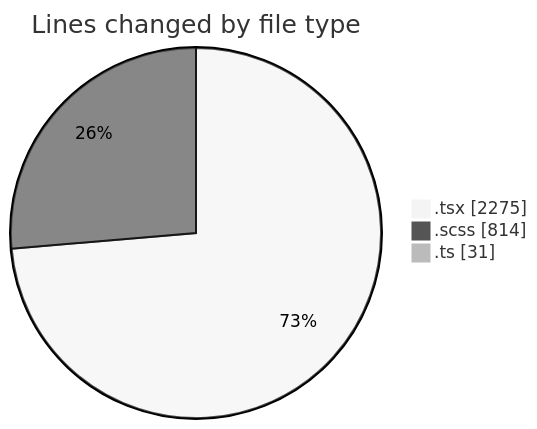
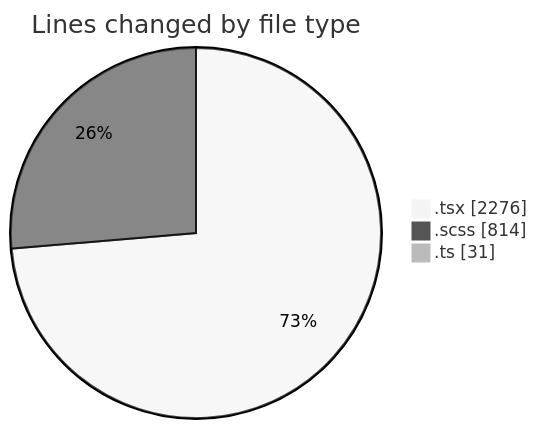
The first of 2 diagrams in 2025-04-07/cda/README.md (momahboobian/code-tracking), drawn with Mermaid (neutral theme) before and after one commit. The commit also changed other lines of this file and 1 other file, not shown here.

````diff
--- a/2025-04-07/cda/README.md
+++ b/2025-04-07/cda/README.md
@@ -32,7 +32,7 @@
 ```mermaid
 pie showData
 title Lines changed by file type
-".tsx" : 2275
+".tsx" : 2276
 ".scss" : 814
 ".ts" : 31
 ```
````
